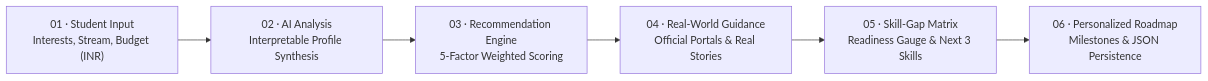
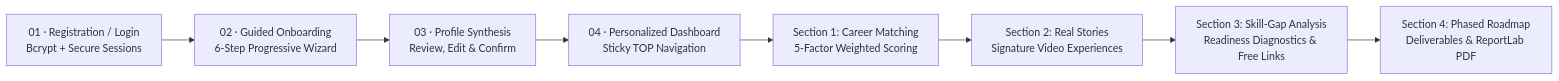
Before and after one commit to prabhu120607-ops/pathsetu: the diagram in README.md, drawn with Mermaid. The commit also changed other lines of this file and 27 other files, not shown here.

Commit message:
Complete PathSetu Interface Transformation: Auth, Guided Onboarding, Stacked Dashboard, Real Stories & ReportLab PDF

````diff
--- a/README.md
+++ b/README.md
@@ -50,8 +14,10 @@
 ```mermaid
 graph LR
-    S1["01 · Student Input<br/>Interests, Stream, Budget (INR)"] --> S2["02 · AI Analysis<br/>Interpretable Profile Synthesis"]
-    S2 --> S3["03 · Recommendation Engine<br/>5-Factor Weighted Scoring"]
-    S3 --> S4["04 · Real-World Guidance<br/>Official Portals & Real Stories"]
-    S4 --> S5["05 · Skill-Gap Matrix<br/>Readiness Gauge & Next 3 Skills"]
-    S5 --> S6["06 · Personalized Roadmap<br/>Milestones & JSON Persistence"]
+    A["01 · Registration / Login<br/>Bcrypt + Secure Sessions"] --> B["02 · Guided Onboarding<br/>6-Step Progressive Wizard"]
+    B --> C["03 · Profile Synthesis<br/>Review, Edit & Confirm"]
+    C --> D["04 · Personalized Dashboard<br/>Sticky TOP Navigation"]
+    D --> S1["Section 1: Career Matching<br/>5-Factor Weighted Scoring"]
+    S1 --> S2["Section 2: Real Stories<br/>Signature Video Experiences"]
+    S2 --> S3["Section 3: Skill-Gap Analysis<br/>Readiness Diagnostics & Free Links"]
+    S3 --> S4["Section 4: Phased Roadmap<br/>Deliverables & ReportLab PDF"]
 ```
````
